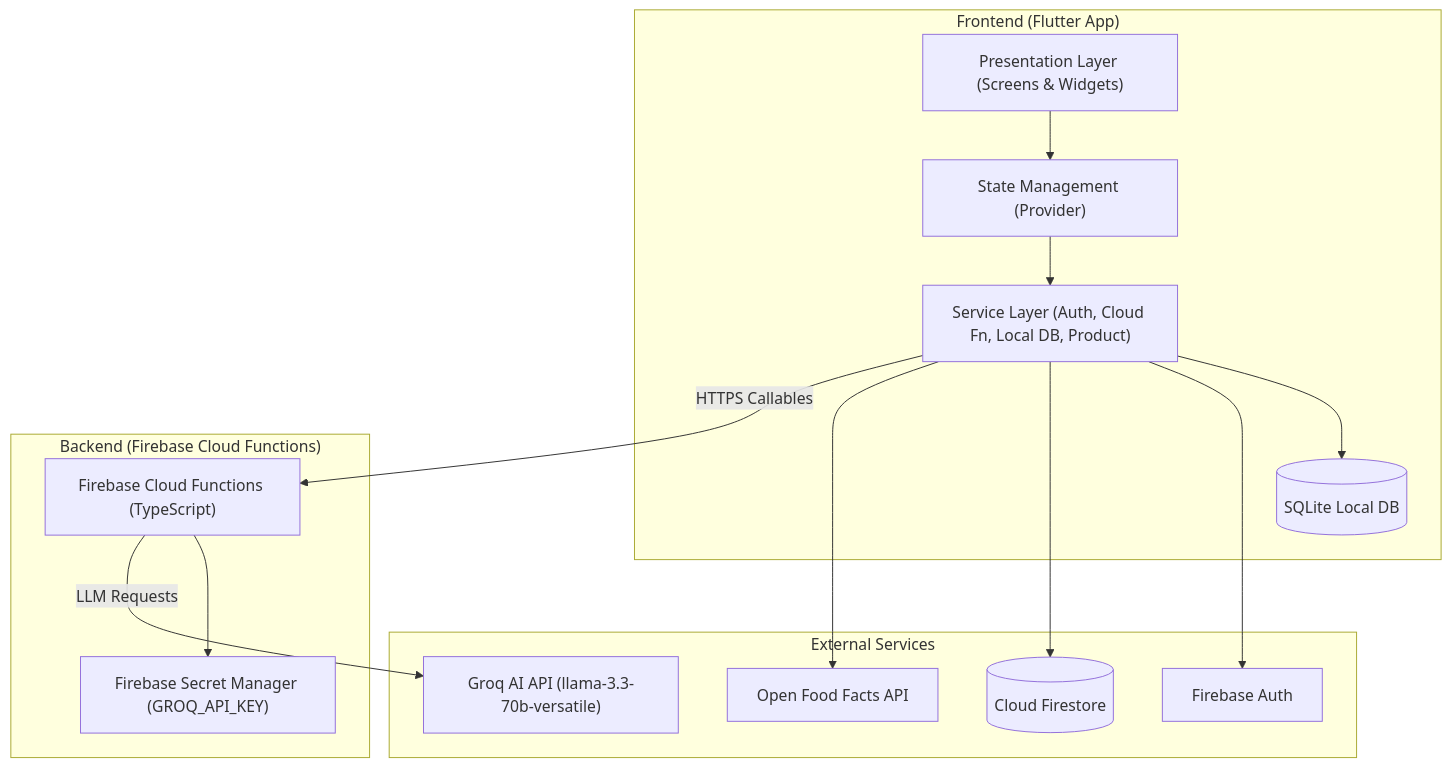
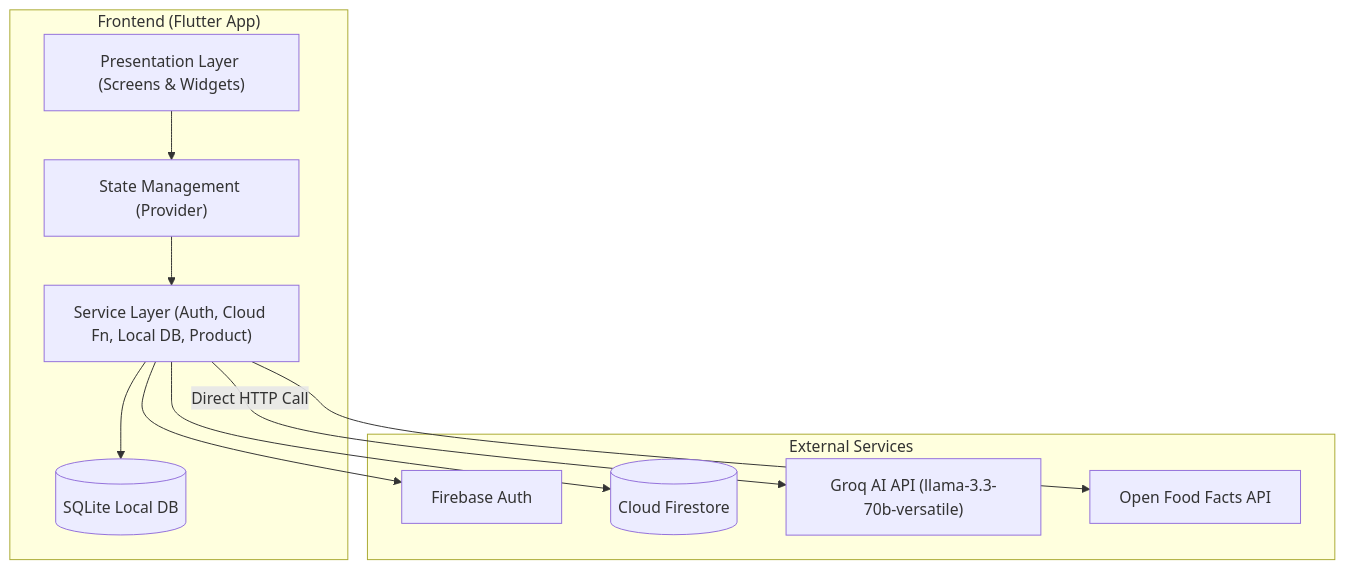
Before and after one commit to aanandmodi/food-insight-scanner: the first of 3 diagrams in docs/ARCHITECTURE.md, drawn with Mermaid. The commit also changed other lines of this file and 58 other files, not shown here.

````diff
--- a/docs/ARCHITECTURE.md
+++ b/docs/ARCHITECTURE.md
@@ -8,31 +8,25 @@
 ```mermaid
 graph TD
     subgraph Frontend ["Frontend (Flutter App)"]
         UI["Presentation Layer (Screens & Widgets)"]
         State["State Management (Provider)"]
         Services["Service Layer (Auth, Cloud Fn, Local DB, Product)"]
         LocalDB[("SQLite Local DB")]
     end
 
-    subgraph Backend ["Backend (Firebase Cloud Functions)"]
-        Functions["Firebase Cloud Functions (TypeScript)"]
-        SecretMgr["Firebase Secret Manager (GROQ_API_KEY)"]
-    end
 
     subgraph External ["External Services"]
         FirebaseAuth["Firebase Auth"]
         Firestore[("Cloud Firestore")]
         GroqAPI["Groq AI API (llama-3.3-70b-versatile)"]
         OFF["Open Food Facts API"]
     end
 
     UI --> State
     State --> Services
     Services --> LocalDB
     Services --> FirebaseAuth
     Services --> Firestore
     Services --> OFF
-    Services -->|HTTPS Callables| Functions
-    Functions --> SecretMgr
-    Functions -->|LLM Requests| GroqAPI
+    Services -->|Direct HTTP Call| GroqAPI
 ```
````
